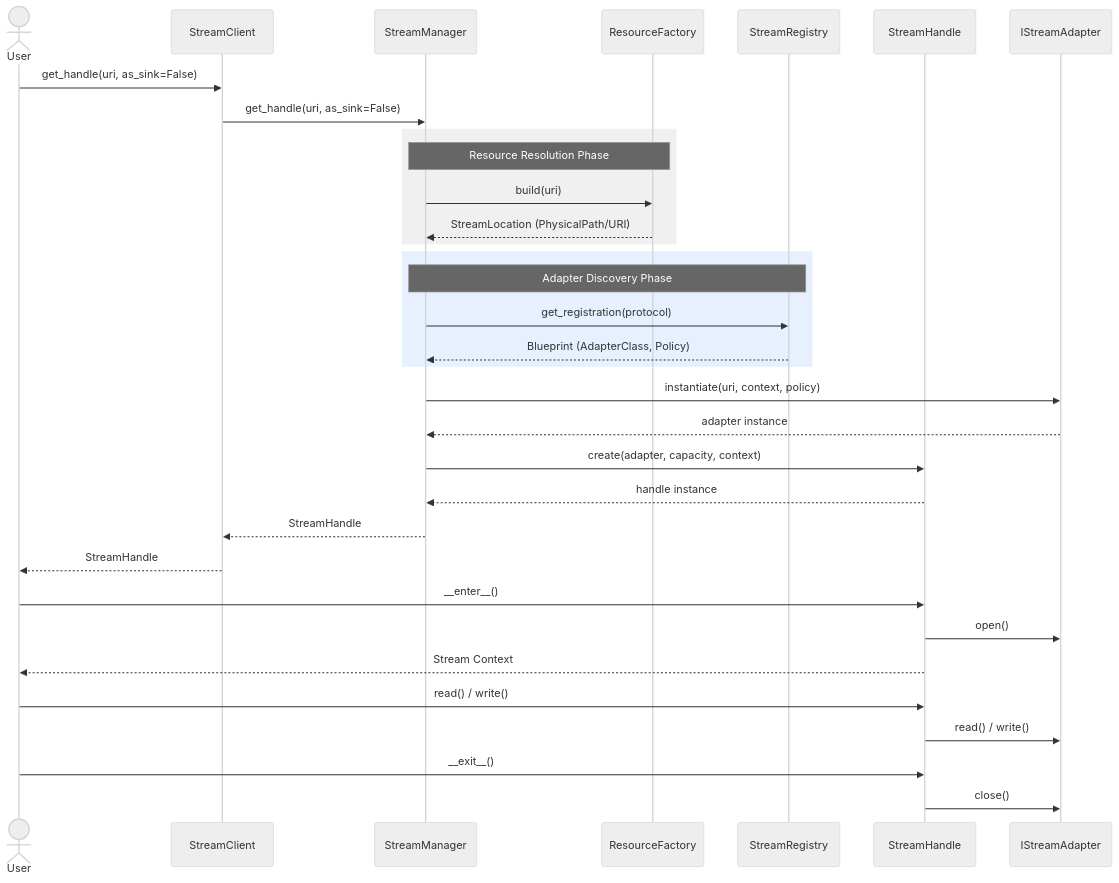
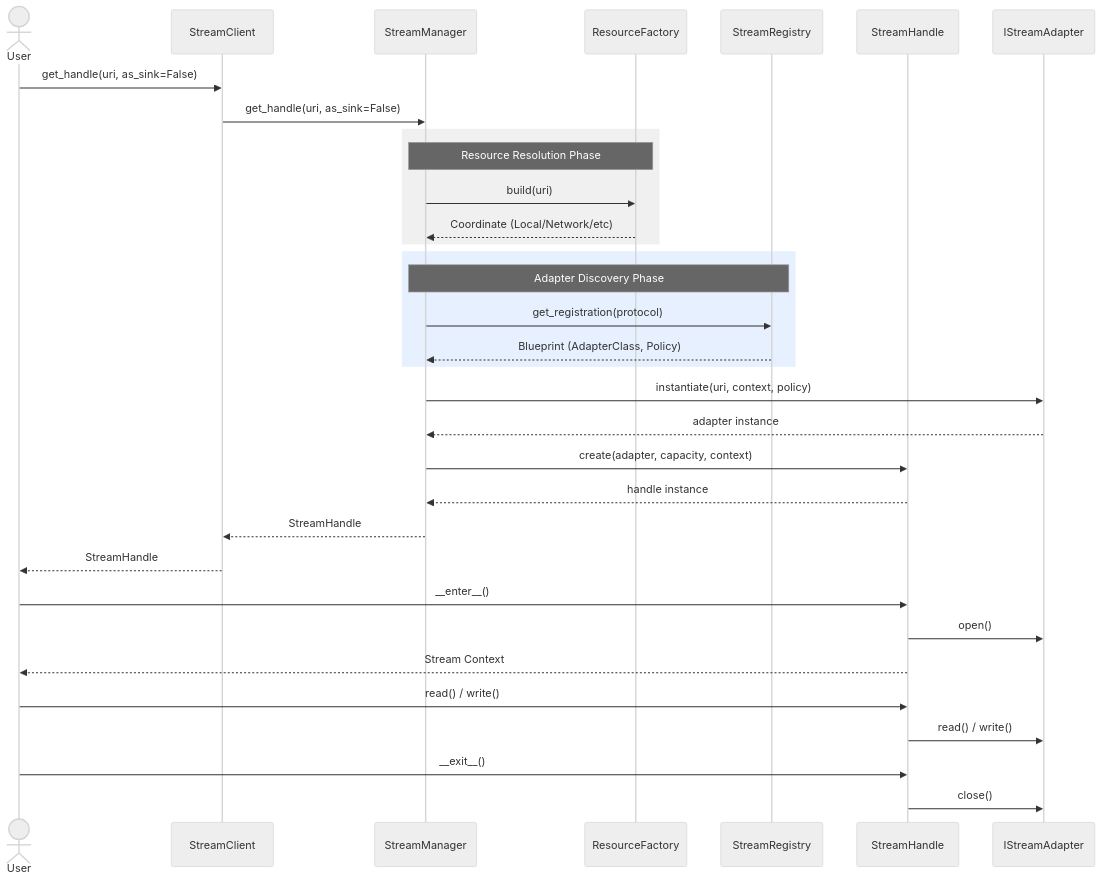
The third of 4 diagrams in docs/architecture_map.md (mnaatjes/etl-pipeline), drawn with Mermaid (neutral theme) before and after one commit. The commit also changed 30 other files, not shown here.

````diff
--- a/docs/architecture_map.md
+++ b/docs/architecture_map.md
@@ -235,44 +235,44 @@
 ```mermaid
 sequenceDiagram
     actor User
     participant SC as StreamClient
     participant SM as StreamManager
     participant RF as ResourceFactory
     participant SR as StreamRegistry
     participant SH as StreamHandle
     participant AD as IStreamAdapter
 
     User->>SC: get_handle(uri, as_sink=False)
     SC->>SM: get_handle(uri, as_sink=False)
     
     rect rgb(240, 240, 240)
     Note over SM, RF: Resource Resolution Phase
     SM->>RF: build(uri)
-    RF-->>SM: StreamLocation (PhysicalPath/URI)
+    RF-->>SM: Coordinate (Local/Network/etc)
     end
 
     rect rgb(230, 240, 255)
     Note over SM, SR: Adapter Discovery Phase
     SM->>SR: get_registration(protocol)
     SR-->>SM: Blueprint (AdapterClass, Policy)
     end
 
     SM->>AD: instantiate(uri, context, policy)
     AD-->>SM: adapter instance
 
     SM->>SH: create(adapter, capacity, context)
     SH-->>SM: handle instance
     
     SM-->>SC: StreamHandle
     SC-->>User: StreamHandle
 
     User->>SH: __enter__()
     SH->>AD: open()
     SH-->>User: Stream Context
     
     User->>SH: read() / write()
     SH->>AD: read() / write()
     
     User->>SH: __exit__()
     SH->>AD: close()
 ```
````
